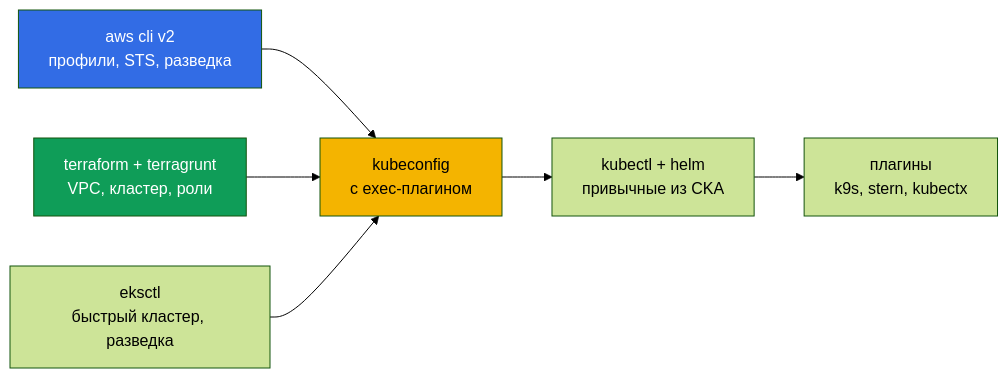
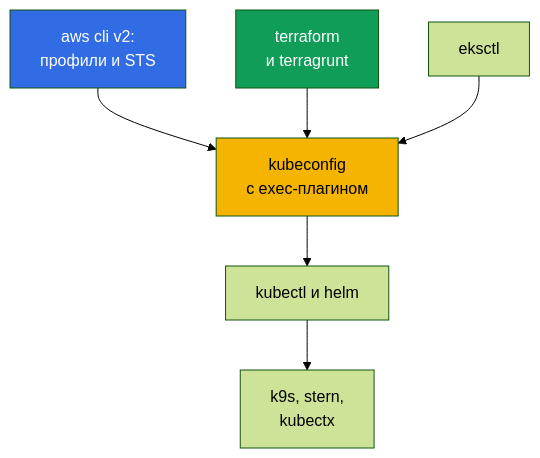
The first of 3 diagrams in tasks/eks/course/00-5-tools/ru.md (ViktorUJ/cks), drawn with Mermaid (forest theme) before and after one commit. The commit also changed other lines of this file and 52 other files, not shown here.

````diff
--- a/tasks/eks/course/00-5-tools/ru.md
+++ b/tasks/eks/course/00-5-tools/ru.md
@@ -15,10 +15,11 @@
 ```mermaid
-flowchart LR
-    cli["aws cli v2<br>профили, STS, разведка"] --> cfg["kubeconfig<br>с exec-плагином"]
-    tf["terraform + terragrunt<br>VPC, кластер, роли"] --> cfg
-    ek["eksctl<br>быстрый кластер, разведка"] --> cfg
-    cfg --> kc["kubectl + helm<br>привычные из CKA"] --> pl["плагины<br>k9s, stern, kubectx"]
+flowchart TB
+    cli["aws cli v2:<br/>профили и STS"] --> cfg["kubeconfig<br/>с exec-плагином"]
+    tf["terraform<br/>и terragrunt"] --> cfg
+    ek["eksctl"] --> cfg
+    cfg --> kc["kubectl и helm"]
+    kc --> pl["k9s, stern,<br/>kubectx"]
     style cli fill:#326ce5,color:#fff
     style tf fill:#0f9d58,color:#fff
     style cfg fill:#f4b400,color:#000
 ```
````
